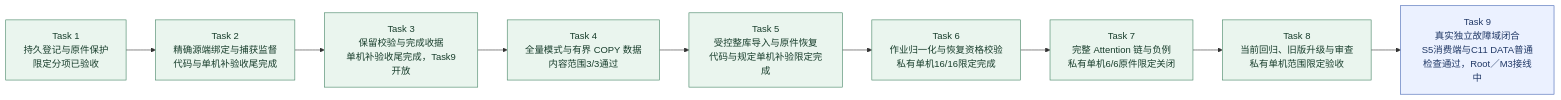
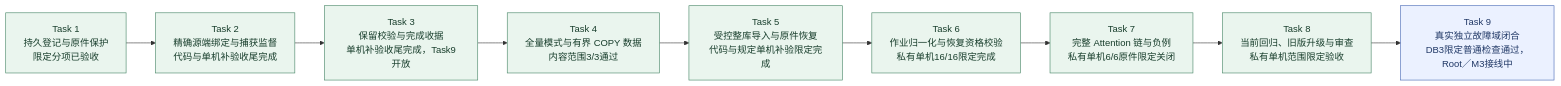
Before and after one commit to MansurnamedZhang/learning-system-p0c4: the second of 9 diagrams in docs/KnowWeave实施路线与系统架构.md, drawn with Mermaid. The commit also changed other lines of this file and 13 other files, not shown here.

````diff
--- a/docs/KnowWeave实施路线与系统架构.md
+++ b/docs/KnowWeave实施路线与系统架构.md
@@ -80,25 +80,25 @@
 ```mermaid
 flowchart LR
     C4T1["Task 1<br/>持久登记与原件保护<br/>限定分项已验收"]
     C4T2["Task 2<br/>精确源端绑定与捕获监督<br/>代码与单机补验收尾完成"]
     C4T3["Task 3<br/>保留校验与完成收据<br/>单机补验收尾完成，Task9开放"]
     C4T4["Task 4<br/>全量模式与有界 COPY 数据<br/>内容范围3/3通过"]
     C4T5["Task 5<br/>受控整库导入与原件恢复<br/>代码与规定单机补验限定完成"]
     C4T6["Task 6<br/>作业归一化与恢复资格校验<br/>私有单机16/16限定完成"]
     C4T7["Task 7<br/>完整 Attention 链与负例<br/>私有单机6/6原件限定关闭"]
     C4T8["Task 8<br/>当前回归、旧版升级与审查<br/>私有单机范围限定验收"]
-    C4T9["Task 9<br/>真实独立故障域闭合<br/>S5消费端与C11 DATA普通检查通过，Root／M3接线中"]
+    C4T9["Task 9<br/>真实独立故障域闭合<br/>DB3限定普通检查通过，Root／M3接线中"]
     C4T1 --> C4T2
     C4T2 --> C4T3
     C4T3 --> C4T4
     C4T4 --> C4T5
     C4T5 --> C4T6
     C4T6 --> C4T7
     C4T7 --> C4T8
     C4T8 --> C4T9
     class C4T1,C4T2,C4T3,C4T4,C4T5,C4T6,C4T7,C4T8 done
     class C4T9 next
     classDef done fill:#eaf5ee,stroke:#438363,color:#173d2b
     classDef next fill:#ebf1ff,stroke:#4365b4,color:#203866
     classDef planned fill:#f2f4f8,stroke:#8591a3,color:#28354b
 ```
````
